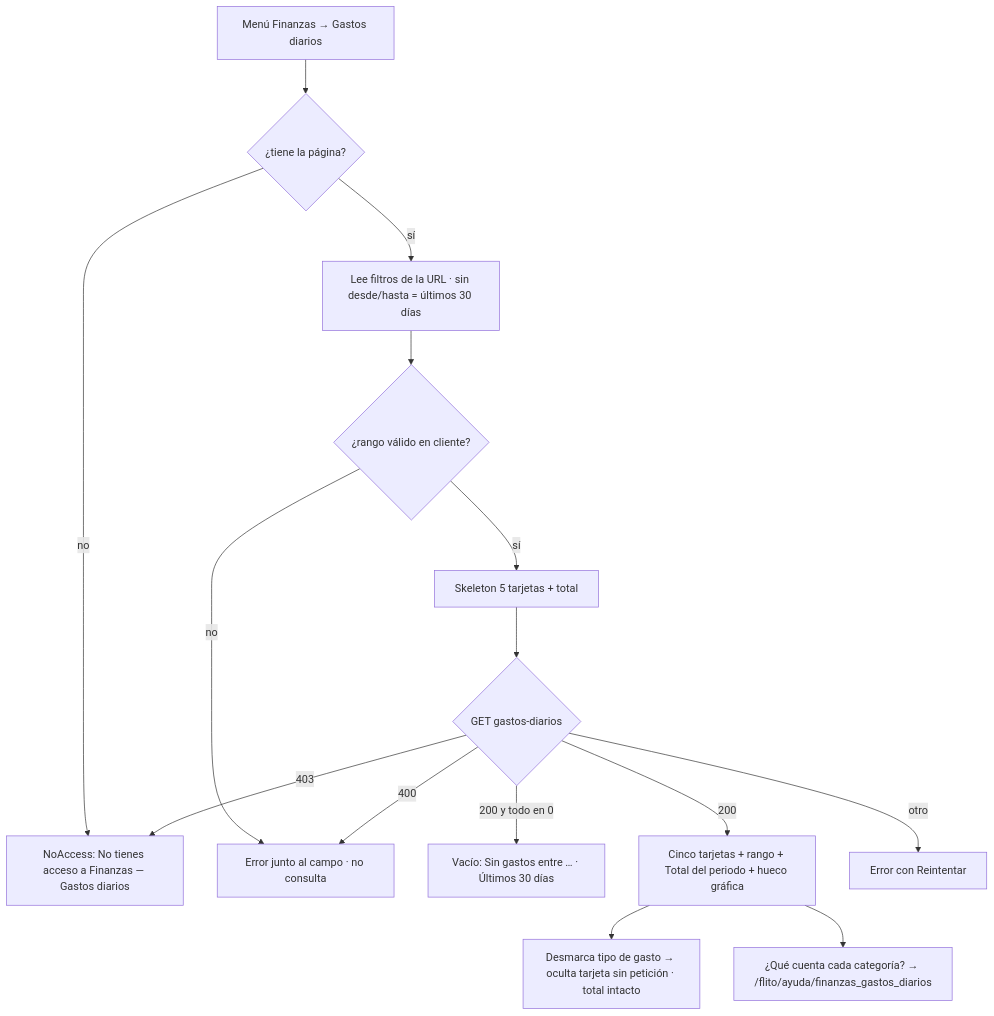
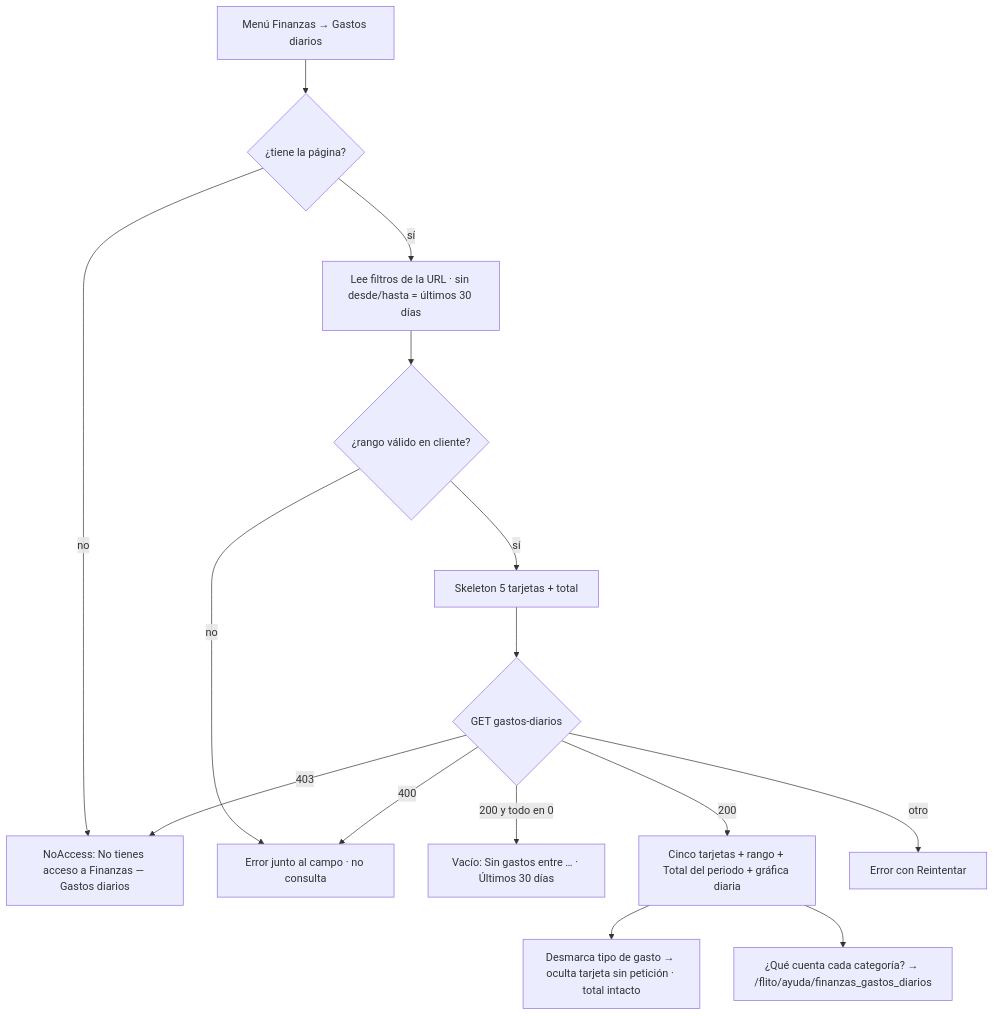
Before and after one commit to flitsas/flito: the diagram in docs/ux/finanzas-gastos-diarios.md, drawn with Mermaid. The commit also changed other lines of this file and 15 other files, not shown here.

First line of the commit message:
feat(web): gráfica de evolución diaria apilada por categoría en «Gastos diarios» — SVG propio, accesible y ligada al filtro (HU #12625)

````diff
--- a/docs/ux/finanzas-gastos-diarios.md
+++ b/docs/ux/finanzas-gastos-diarios.md
@@ -44,16 +44,16 @@
 ```mermaid
 flowchart TD
   A[Menú Finanzas → Gastos diarios] --> B{¿tiene la página?}
   B -- no --> N[NoAccess: No tienes acceso a Finanzas — Gastos diarios]
   B -- sí --> C[Lee filtros de la URL · sin desde/hasta = últimos 30 días]
   C --> V{¿rango válido en cliente?}
   V -- no --> E1[Error junto al campo · no consulta]
   V -- sí --> L[Skeleton 5 tarjetas + total] --> R{GET gastos-diarios}
   R -- 200 y todo en 0 --> Z[Vacío: Sin gastos entre … · Últimos 30 días]
-  R -- 200 --> F[Cinco tarjetas + rango + Total del periodo + hueco gráfica]
+  R -- 200 --> F[Cinco tarjetas + rango + Total del periodo + gráfica diaria]
   R -- 400 --> E1
   R -- 403 --> N
   R -- otro --> E2[Error con Reintentar]
   F --> T[Desmarca tipo de gasto → oculta tarjeta sin petición · total intacto]
   F --> H[¿Qué cuenta cada categoría? → /flito/ayuda/finanzas_gastos_diarios]
 ```
````
